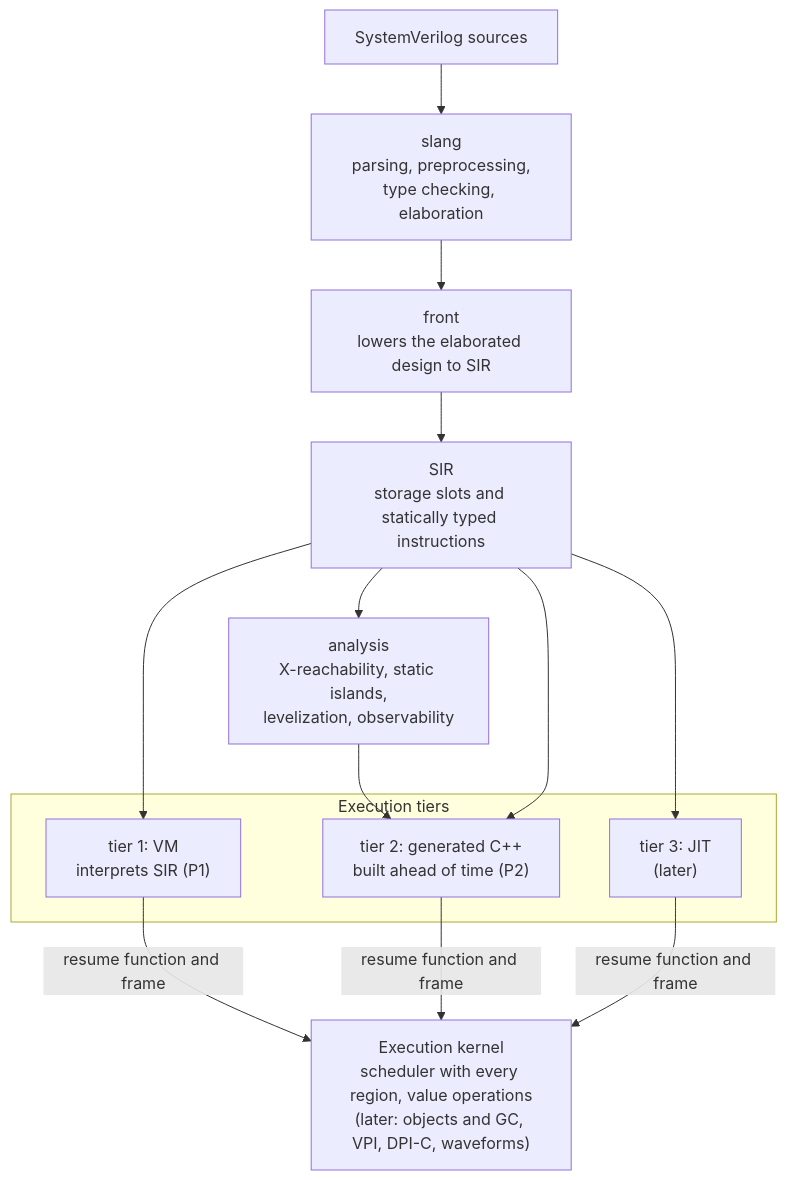
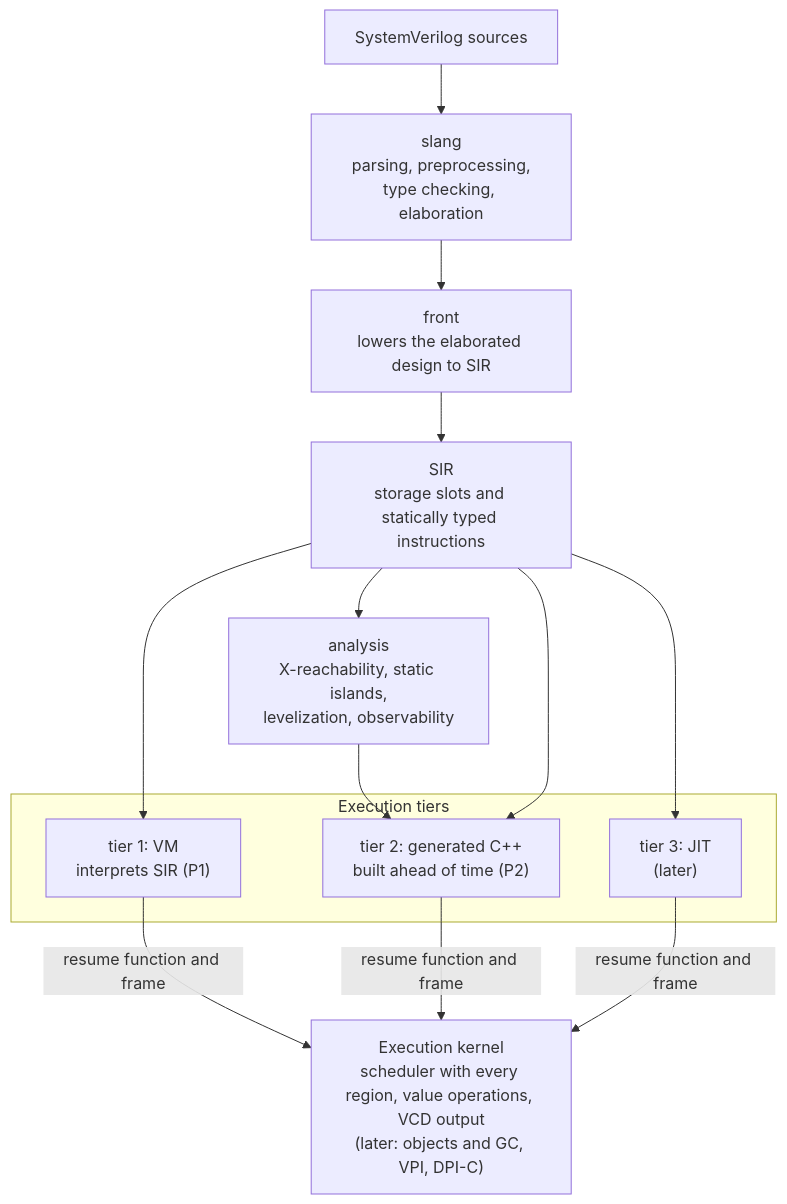
Before and after one commit to kurochan001/kirimasim: the diagram in README.ja.md, drawn with Mermaid. The commit also changed other lines of this file and 1 other file, not shown here.

````diff
--- a/README.ja.md
+++ b/README.ja.md
@@ -313,22 +318,22 @@
 ```mermaid
 flowchart TD
     src["SystemVerilog sources"]
     slang["slang<br/>parsing, preprocessing,<br/>type checking, elaboration"]
     front["front<br/>lowers the elaborated design to SIR"]
     sir["SIR<br/>storage slots and statically typed instructions"]
     analysis["analysis<br/>X-reachability, static islands,<br/>levelization, observability"]
     subgraph tiers["Execution tiers"]
         t1["tier 1: VM<br/>interprets SIR (P1)"]
         t2["tier 2: generated C++<br/>built ahead of time (P2)"]
         t3["tier 3: JIT<br/>(later)"]
     end
-    kernel["Execution kernel<br/>scheduler with every region, value operations<br/>(later: objects and GC, VPI, DPI-C, waveforms)"]
+    kernel["Execution kernel<br/>scheduler with every region, value operations, VCD output<br/>(later: objects and GC, VPI, DPI-C)"]
     src --> slang --> front --> sir
     sir --> t1
     sir --> analysis --> t2
     sir --> t2
     sir --> t3
     t1 -->|"resume function and frame"| kernel
     t2 -->|"resume function and frame"| kernel
     t3 -->|"resume function and frame"| kernel
 ```
````
